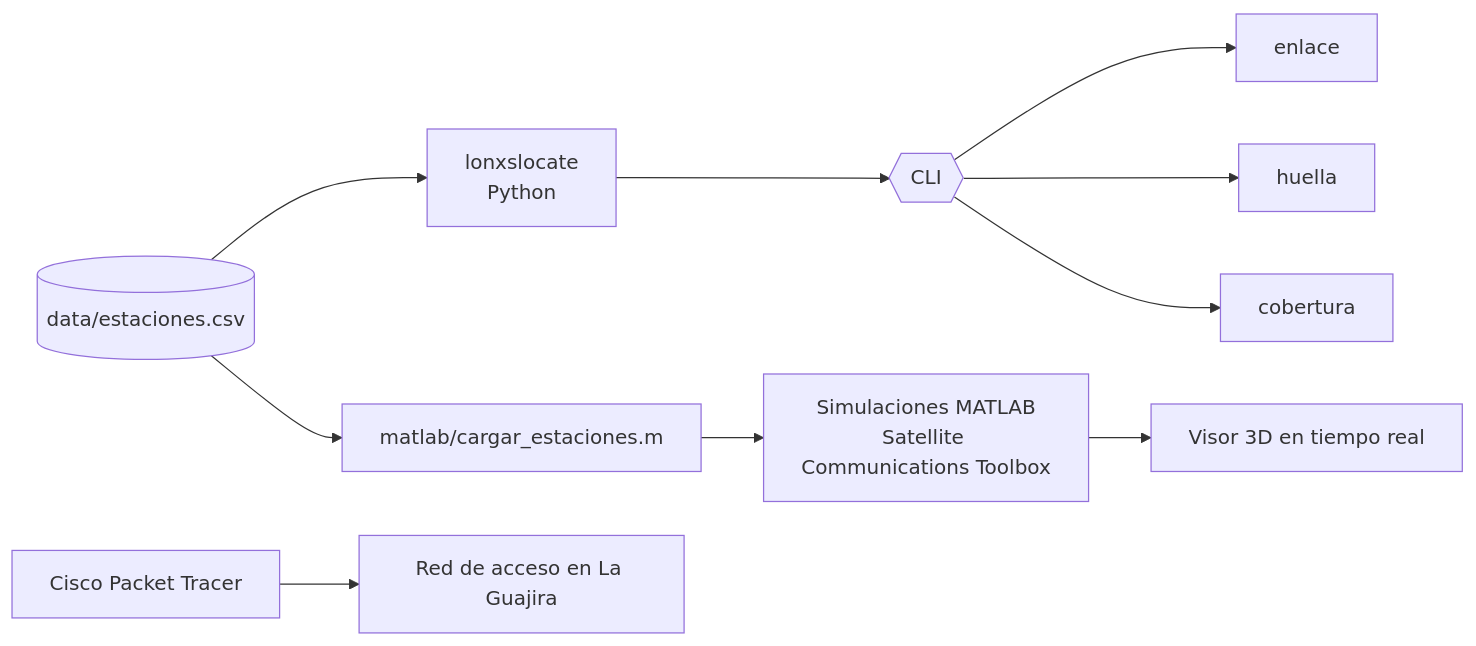
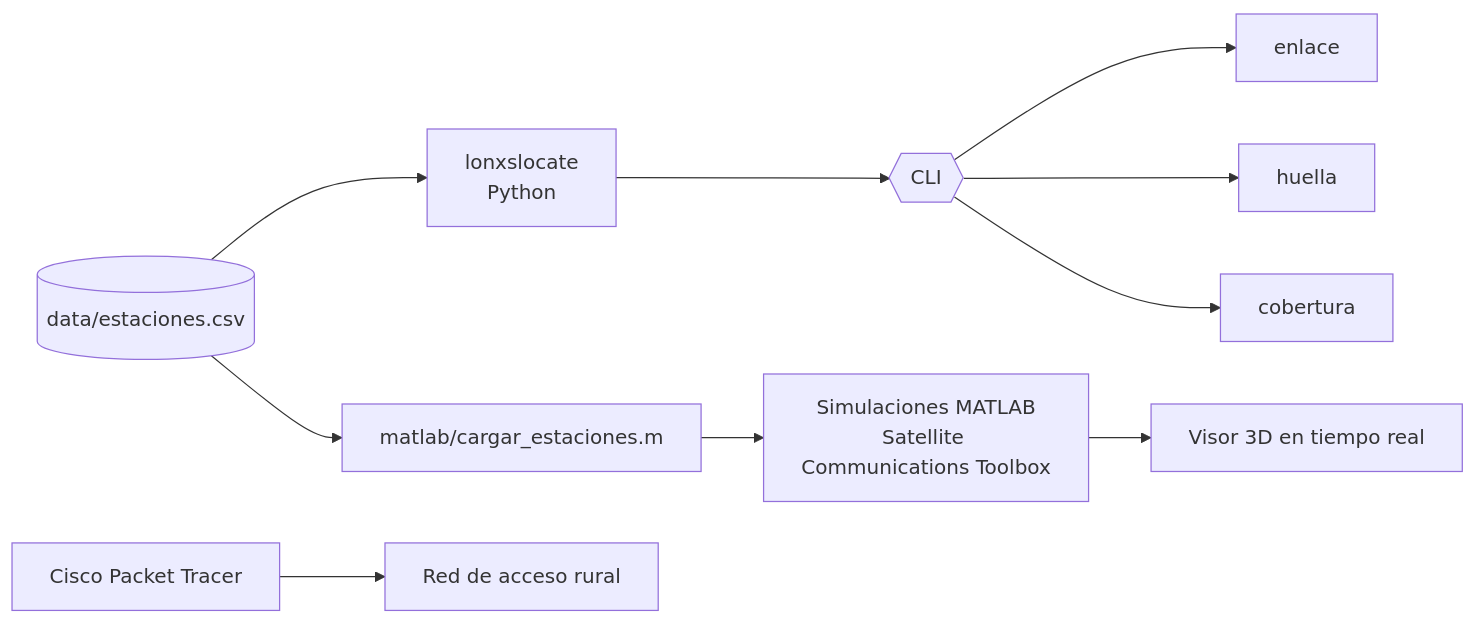
The diagram in docs/arquitectura.md (Lonxs69/LonxsLocate), drawn with Mermaid before and after one commit. The commit also changed other lines of this file and 1 other file, not shown here.

````diff
--- a/docs/arquitectura.md
+++ b/docs/arquitectura.md
@@ -3,12 +3,12 @@
 ```mermaid
 flowchart LR
     CSV[(data/estaciones.csv)] --> PY[lonxslocate<br/>Python]
     CSV --> ML[matlab/cargar_estaciones.m]
     ML --> SIM[Simulaciones MATLAB<br/>Satellite Communications Toolbox]
     PY --> CLI{{CLI}}
     CLI --> E[enlace]
     CLI --> H[huella]
     CLI --> C[cobertura]
     SIM --> V[Visor 3D en tiempo real]
-    PKT[Cisco Packet Tracer] --> RED[Red de acceso en La Guajira]
+    PKT[Cisco Packet Tracer] --> RED[Red de acceso rural]
 ```
````
